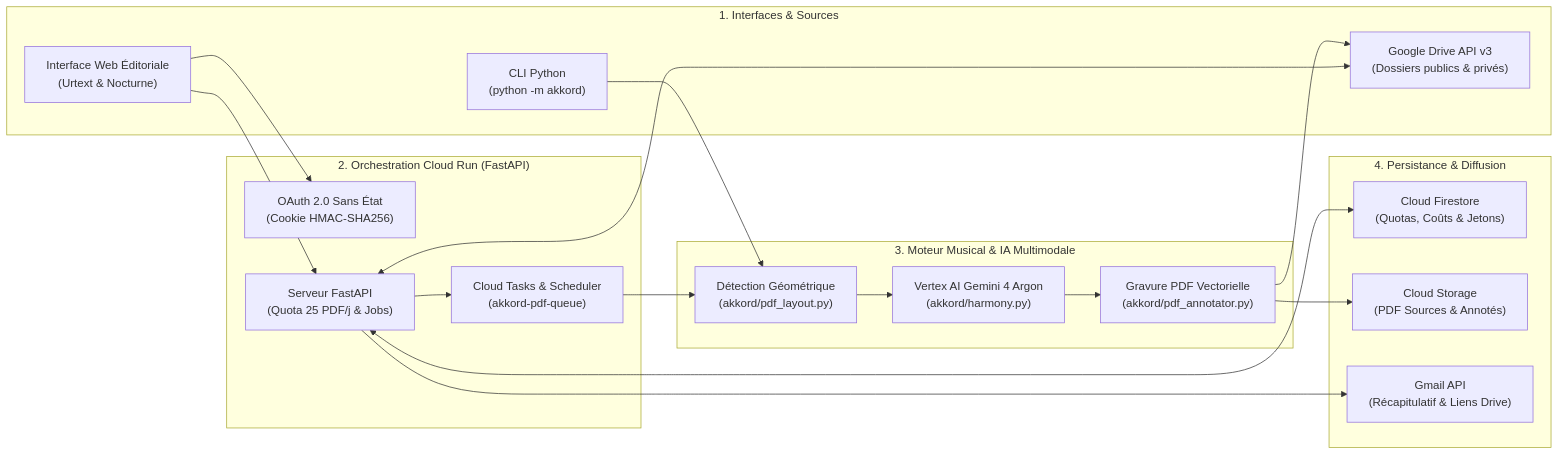
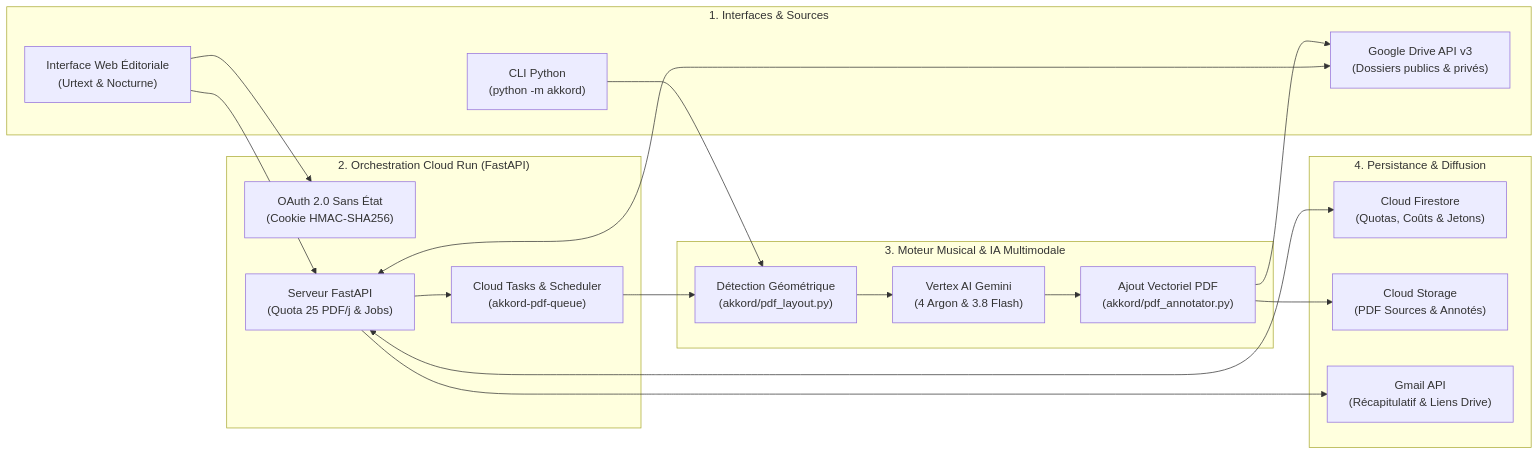
Before and after one commit to alexismp/akkord: the diagram in README.md, drawn with Mermaid. The commit also changed other lines of this file and 6 other files, not shown here.

Commit message:
Mise à jour du README et des captures : anonymisation, partitions du domaine public, terminologie d'ajout et focus Gemini 4 Argon / 3.8 Flash

````diff
--- a/README.md
+++ b/README.md
@@ -37,39 +37,39 @@
 ```mermaid
 flowchart LR
     subgraph Client["1. Interfaces & Sources"]
         UI["Interface Web Éditoriale\n(Urtext & Nocturne)"]
         CLI["CLI Python\n(python -m akkord)"]
         Drive["Google Drive API v3\n(Dossiers publics & privés)"]
     end
 
     subgraph CloudRun["2. Orchestration Cloud Run (FastAPI)"]
         OAuth["OAuth 2.0 Sans État\n(Cookie HMAC-SHA256)"]
         API["Serveur FastAPI\n(Quota 25 PDF/j & Jobs)"]
         Tasks["Cloud Tasks & Scheduler\n(akkord-pdf-queue)"]
     end
 
     subgraph Engine["3. Moteur Musical & IA Multimodale"]
         Layout["Détection Géométrique\n(akkord/pdf_layout.py)"]
-        Gemini["Vertex AI Gemini 4 Argon\n(akkord/harmony.py)"]
-        Annotator["Gravure PDF Vectorielle\n(akkord/pdf_annotator.py)"]
+        Gemini["Vertex AI Gemini\n(4 Argon & 3.8 Flash)"]
+        Annotator["Ajout Vectoriel PDF\n(akkord/pdf_annotator.py)"]
     end
 
     subgraph Storage["4. Persistance & Diffusion"]
         Firestore["Cloud Firestore\n(Quotas, Coûts & Jetons)"]
         GCS["Cloud Storage\n(PDF Sources & Annotés)"]
         Gmail["Gmail API\n(Récapitulatif & Liens Drive)"]
     end
 
     UI --> OAuth
     UI --> API
     CLI --> Layout
     Drive <--> API
     API --> Tasks
     Tasks --> Layout
     Layout --> Gemini
     Gemini --> Annotator
     Annotator --> GCS
     Annotator --> Drive
     API <--> Firestore
     API --> Gmail
 ```
````
